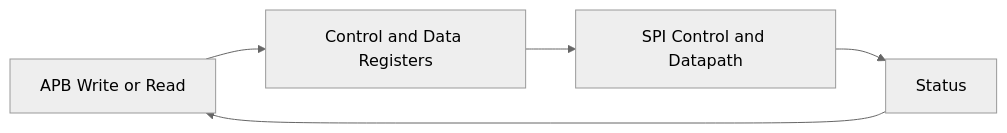
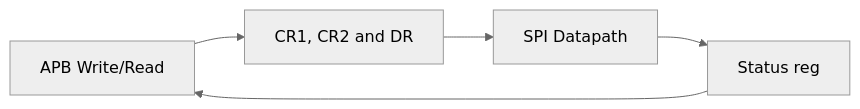
Before and after one commit to ChhandakRoy/chhandakroy.github.io: the third of 3 diagrams in _posts/2026-09-22-spi-master-controller-verilog-rtl-apb.md, drawn with Mermaid (neutral theme). The commit also changed other lines of this file and 3 other files, not shown here.

````diff
--- a/_posts/2026-09-22-spi-master-controller-verilog-rtl-apb.md
+++ b/_posts/2026-09-22-spi-master-controller-verilog-rtl-apb.md
@@ -281,7 +277,7 @@
 ```mermaid
 flowchart LR
-    A[APB Write or Read] --> B[Control and Data Registers]
-    B --> C[SPI Control and Datapath]
-    C --> D[Status]
+    A[APB Write/Read] --> B[CR1, CR2 and DR]
+    B --> C[SPI Datapath]
+    C --> D[Status reg]
     D --> A
 ```
````
